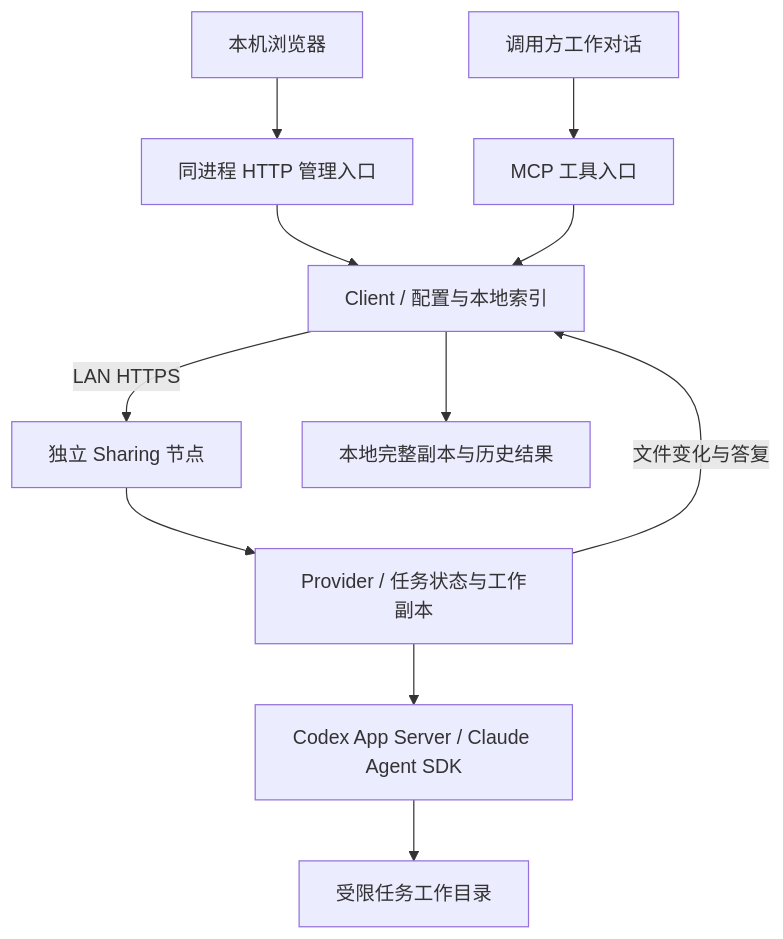
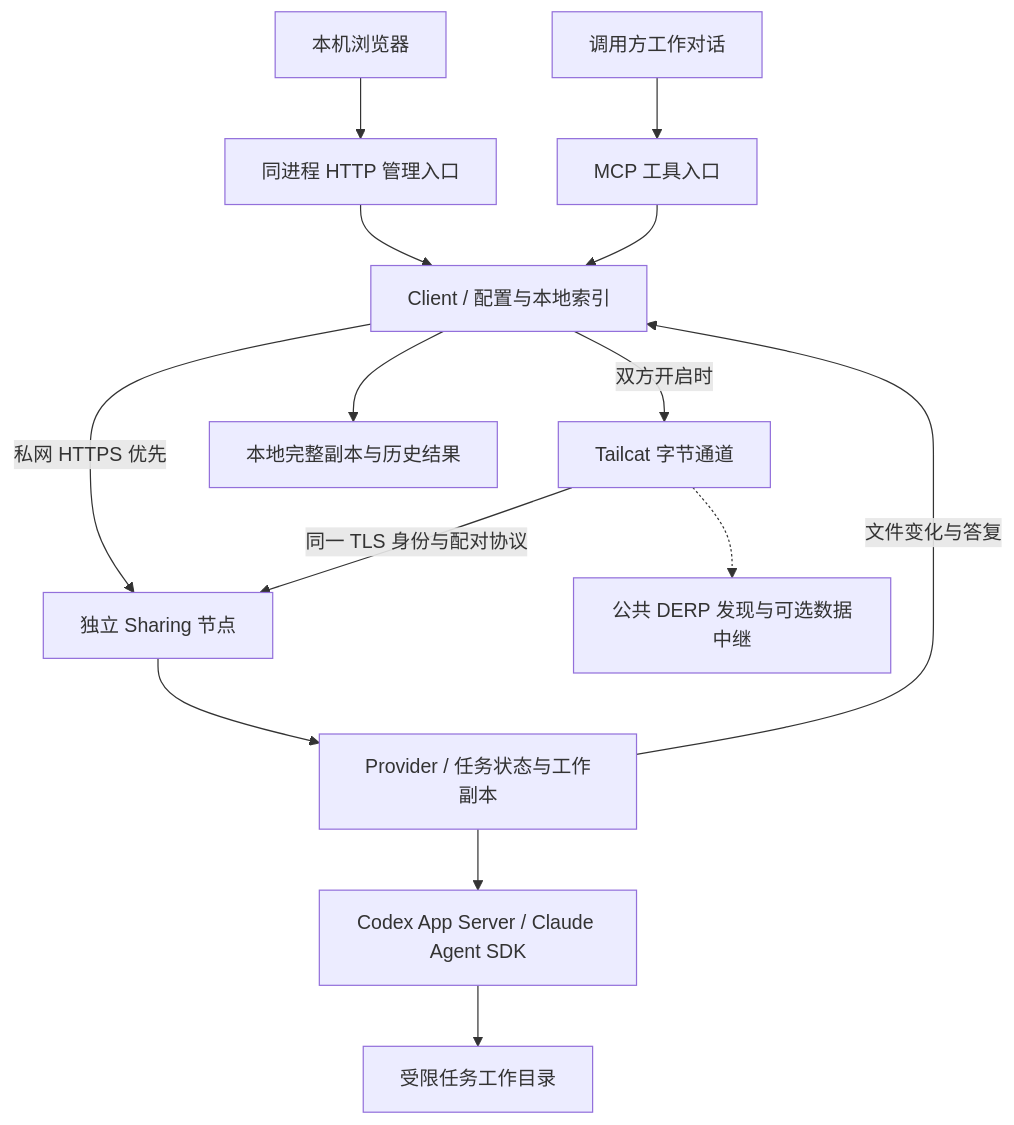
The diagram in docs/architecture.md (mekoand/sub2sub), drawn with Mermaid before and after one commit. The commit also changed other lines of this file and 21 other files, not shown here.

````diff
--- a/docs/architecture.md
+++ b/docs/architecture.md
@@ -7,13 +7,16 @@
 ```mermaid
 flowchart TB
     U[调用方工作对话] --> M[MCP 工具入口]
     B[本机浏览器] --> H[同进程 HTTP 管理入口]
     H --> C
     M --> C[Client / 配置与本地索引]
-    C -->|LAN HTTPS| S[独立 Sharing 节点]
+    C -->|私网 HTTPS 优先| S[独立 Sharing 节点]
+    C -->|双方开启时| T[Tailcat 字节通道]
+    T -->|同一 TLS 身份与配对协议| S
+    T -.-> D[公共 DERP 发现与可选数据中继]
     S --> P[Provider / 任务状态与工作副本]
     P --> A[Codex App Server / Claude Agent SDK]
     A --> W[受限任务工作目录]
     P -->|文件变化与答复| C
     C --> L[本地完整副本与历史结果]
 ```
````
